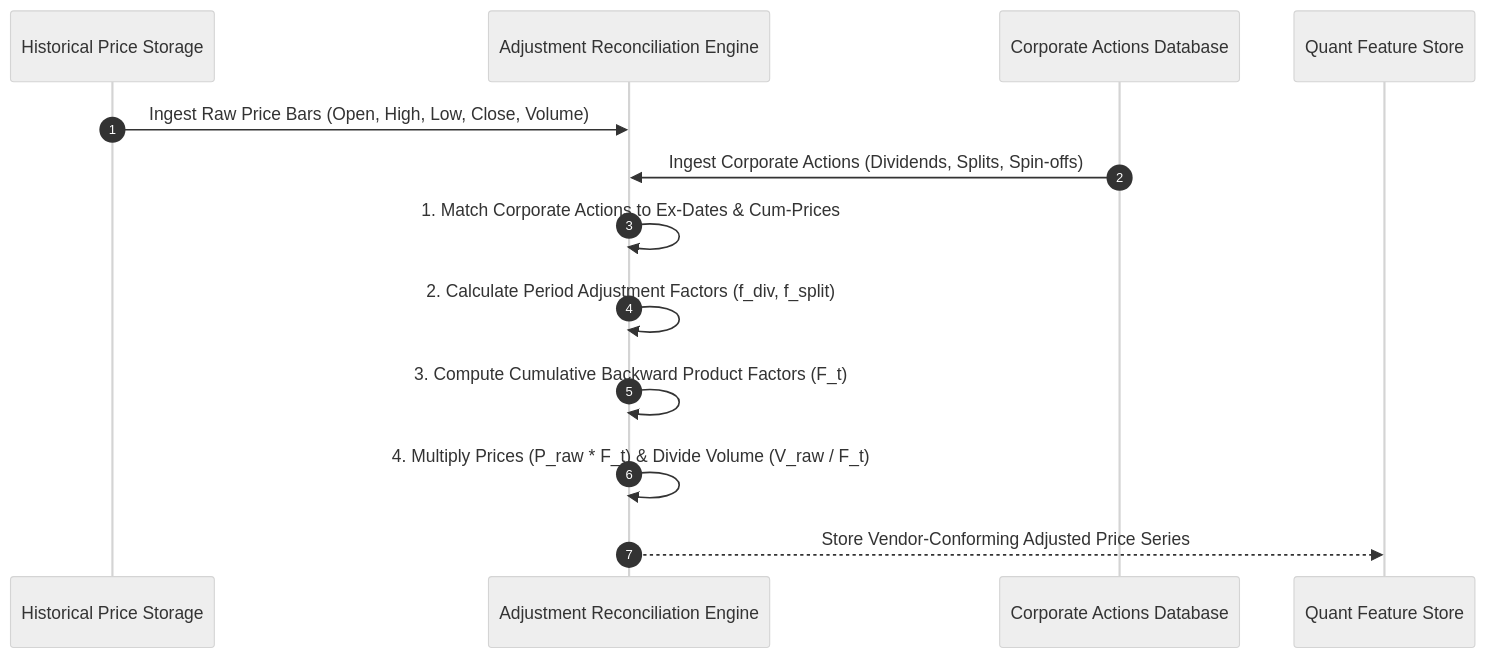
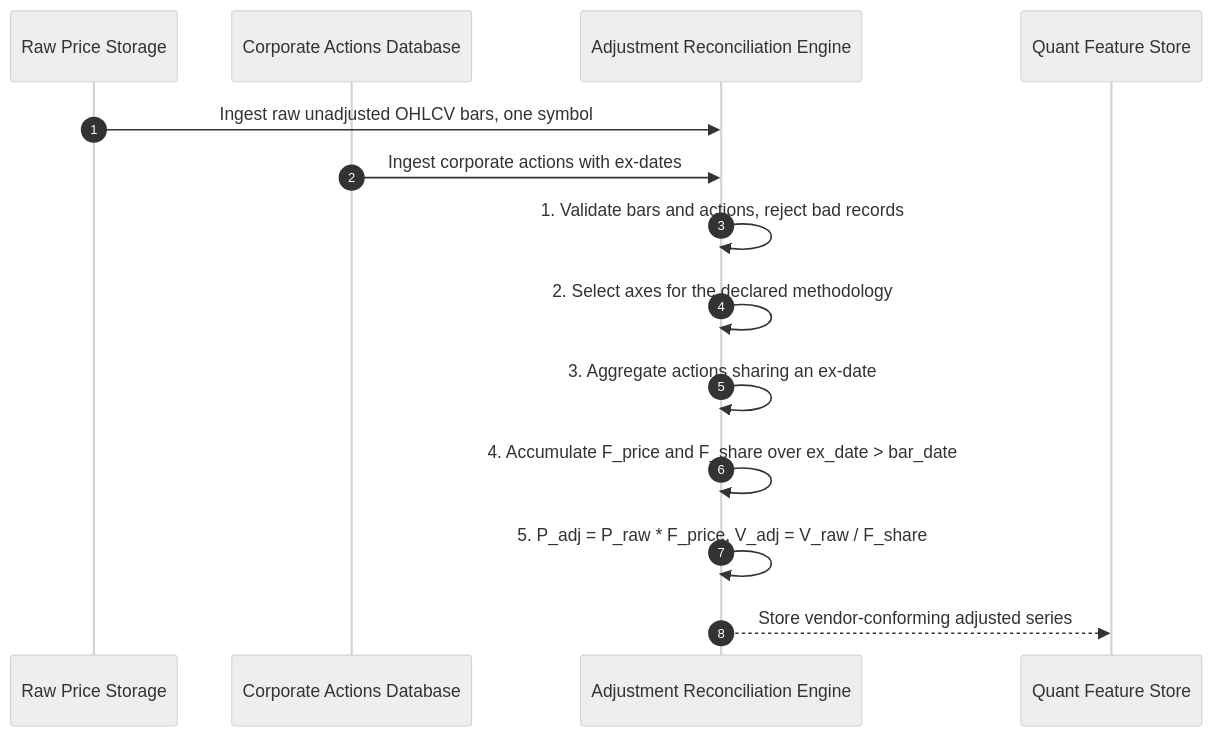
The first of 3 diagrams in skills/vendor-specific-adjustment-methodology-reconciliation/references/workflows.md (HimanshuJ16/Algo-Trading-Skills), drawn with Mermaid (neutral theme) before and after one commit. The commit also changed other lines of this file and 443 other files, not shown here.

````diff
--- a/skills/vendor-specific-adjustment-methodology-reconciliation/references/workflows.md
+++ b/skills/vendor-specific-adjustment-methodology-reconciliation/references/workflows.md
@@ -4,18 +8,19 @@
 ```mermaid
 sequenceDiagram
     autonumber
-    participant Data as Historical Price Storage
+    participant Data as Raw Price Storage
+    participant CA as Corporate Actions Database
     participant Engine as Adjustment Reconciliation Engine
-    participant CA as Corporate Actions Database
     participant Output as Quant Feature Store
 
-    Data->>Engine: Ingest Raw Price Bars (Open, High, Low, Close, Volume)
-    CA->>Engine: Ingest Corporate Actions (Dividends, Splits, Spin-offs)
-    
-    Engine->>Engine: 1. Match Corporate Actions to Ex-Dates & Cum-Prices
-    Engine->>Engine: 2. Calculate Period Adjustment Factors (f_div, f_split)
-    Engine->>Engine: 3. Compute Cumulative Backward Product Factors (F_t)
-    Engine->>Engine: 4. Multiply Prices (P_raw * F_t) & Divide Volume (V_raw / F_t)
-    
-    Engine-->>Output: Store Vendor-Conforming Adjusted Price Series
+    Data->>Engine: Ingest raw unadjusted OHLCV bars, one symbol
+    CA->>Engine: Ingest corporate actions with ex-dates
+
+    Engine->>Engine: 1. Validate bars and actions, reject bad records
+    Engine->>Engine: 2. Select axes for the declared methodology
+    Engine->>Engine: 3. Aggregate actions sharing an ex-date
+    Engine->>Engine: 4. Accumulate F_price and F_share over ex_date > bar_date
+    Engine->>Engine: 5. P_adj = P_raw * F_price, V_adj = V_raw / F_share
+
+    Engine-->>Output: Store vendor-conforming adjusted series
 ```
````
